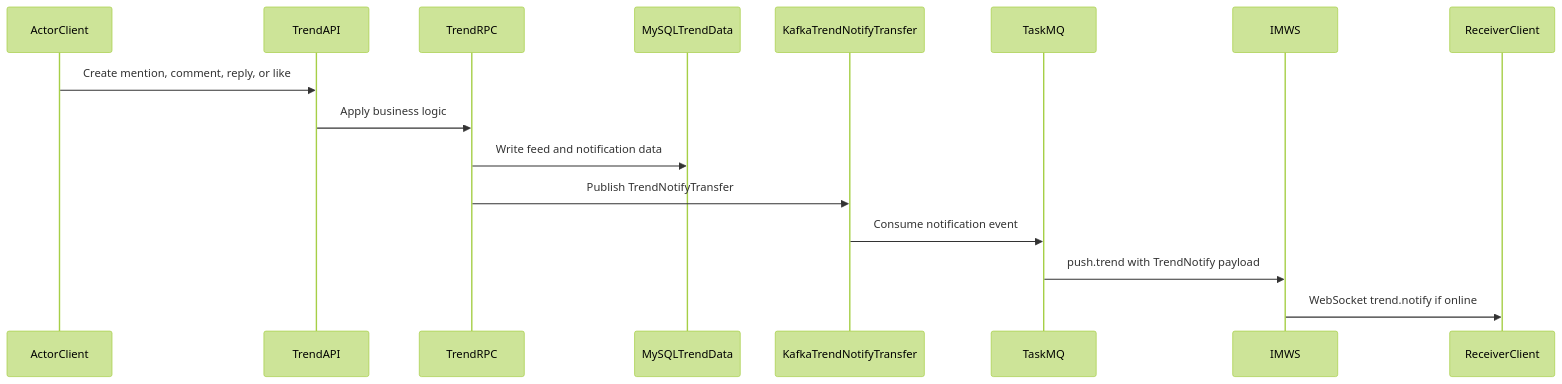
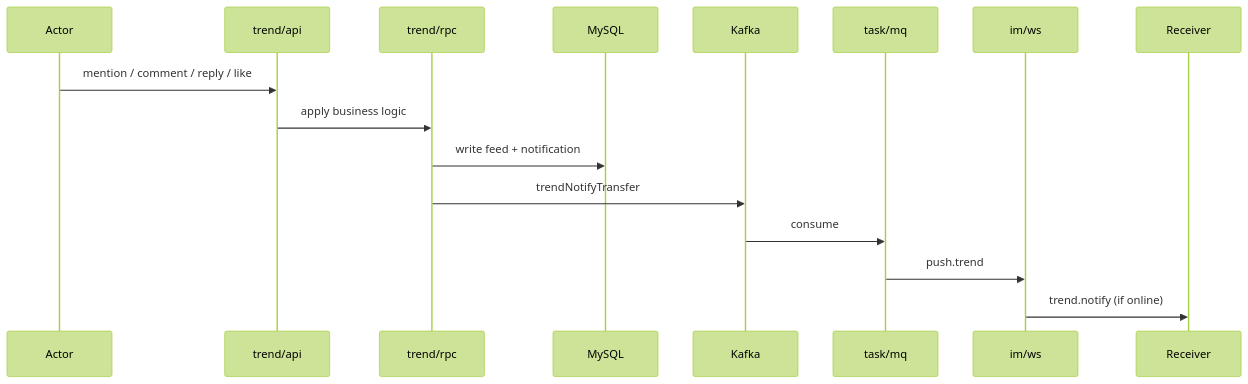
The fourth of 6 diagrams in README.md (iceymoss/go-hichat-api), drawn with Mermaid (forest theme) before and after one commit. The commit also changed other lines of this file and 1 other file, not shown here.

First line of the commit message:
docs: humanize sequence diagrams and fix Go version

````diff
--- a/README.md
+++ b/README.md
@@ -148,10 +168,18 @@
 ```mermaid
 sequenceDiagram
-  ActorClient->>TrendAPI: Create mention, comment, reply, or like
-  TrendAPI->>TrendRPC: Apply business logic
-  TrendRPC->>MySQLTrendData: Write feed and notification data
-  TrendRPC->>KafkaTrendNotifyTransfer: Publish TrendNotifyTransfer
-  KafkaTrendNotifyTransfer->>TaskMQ: Consume notification event
-  TaskMQ->>IMWS: push.trend with TrendNotify payload
-  IMWS->>ReceiverClient: WebSocket trend.notify if online
+  participant C as Actor
+  participant API as trend/api
+  participant RPC as trend/rpc
+  participant DB as MySQL
+  participant K as Kafka
+  participant MQ as task/mq
+  participant WS as im/ws
+  participant R as Receiver
+  C->>API: mention / comment / reply / like
+  API->>RPC: apply business logic
+  RPC->>DB: write feed + notification
+  RPC->>K: trendNotifyTransfer
+  K->>MQ: consume
+  MQ->>WS: push.trend
+  WS->>R: trend.notify (if online)
 ```
````
